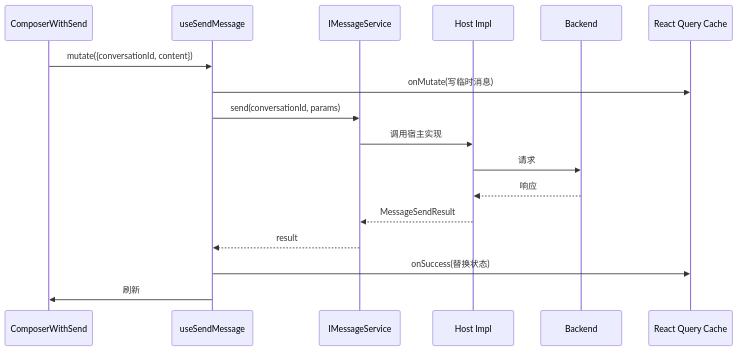
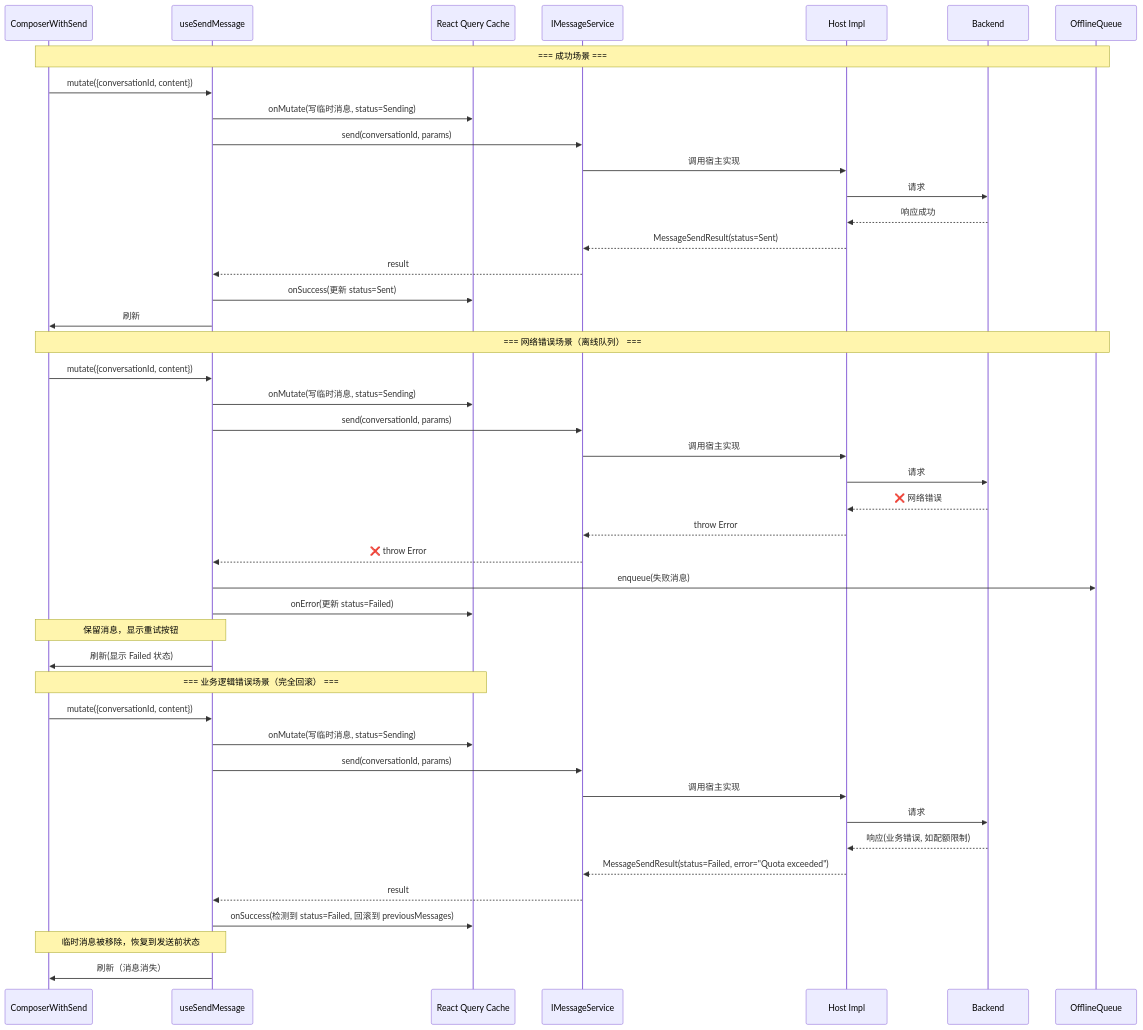
The second of 4 diagrams in docs/architecture-diagrams.md (givingwu/bifrost-chat), drawn with Mermaid before and after one commit. The commit also changed 8 other files, not shown here.

First line of the commit message:
refactor(send-message): distinguish network vs business logic errors

````diff
--- a/docs/architecture-diagrams.md
+++ b/docs/architecture-diagrams.md
@@ -34,20 +34,49 @@
 ```mermaid
 sequenceDiagram
   participant UI as ComposerWithSend
   participant Hook as useSendMessage
+  participant Cache as React Query Cache
   participant Svc as IMessageService
   participant Host as Host Impl
   participant API as Backend
-  participant Cache as React Query Cache
+  participant Queue as OfflineQueue
 
+  Note over UI,Queue: === 成功场景 ===
   UI->>Hook: mutate({conversationId, content})
-  Hook->>Cache: onMutate(写临时消息)
+  Hook->>Cache: onMutate(写临时消息, status=Sending)
   Hook->>Svc: send(conversationId, params)
   Svc->>Host: 调用宿主实现
   Host->>API: 请求
-  API-->>Host: 响应
-  Host-->>Svc: MessageSendResult
+  API-->>Host: 响应成功
+  Host-->>Svc: MessageSendResult(status=Sent)
   Svc-->>Hook: result
-  Hook->>Cache: onSuccess(替换状态)
+  Hook->>Cache: onSuccess(更新 status=Sent)
   Hook->>UI: 刷新
+
+  Note over UI,Queue: === 网络错误场景（离线队列） ===
+  UI->>Hook: mutate({conversationId, content})
+  Hook->>Cache: onMutate(写临时消息, status=Sending)
+  Hook->>Svc: send(conversationId, params)
+  Svc->>Host: 调用宿主实现
+  Host->>API: 请求
+  API-->>Host: ❌ 网络错误
+  Host-->>Svc: throw Error
+  Svc-->>Hook: ❌ throw Error
+  Hook->>Queue: enqueue(失败消息)
+  Hook->>Cache: onError(更新 status=Failed)
+  Note over Hook,UI: 保留消息，显示重试按钮
+  Hook->>UI: 刷新(显示 Failed 状态)
+
+  Note over UI,Cache: === 业务逻辑错误场景（完全回滚） ===
+  UI->>Hook: mutate({conversationId, content})
+  Hook->>Cache: onMutate(写临时消息, status=Sending)
+  Hook->>Svc: send(conversationId, params)
+  Svc->>Host: 调用宿主实现
+  Host->>API: 请求
+  API-->>Host: 响应(业务错误, 如配额限制)
+  Host-->>Svc: MessageSendResult(status=Failed, error="Quota exceeded")
+  Svc-->>Hook: result
+  Hook->>Cache: onSuccess(检测到 status=Failed, 回滚到 previousMessages)
+  Note over Hook,UI: 临时消息被移除，恢复到发送前状态
+  Hook->>UI: 刷新（消息消失）
 ```
````
